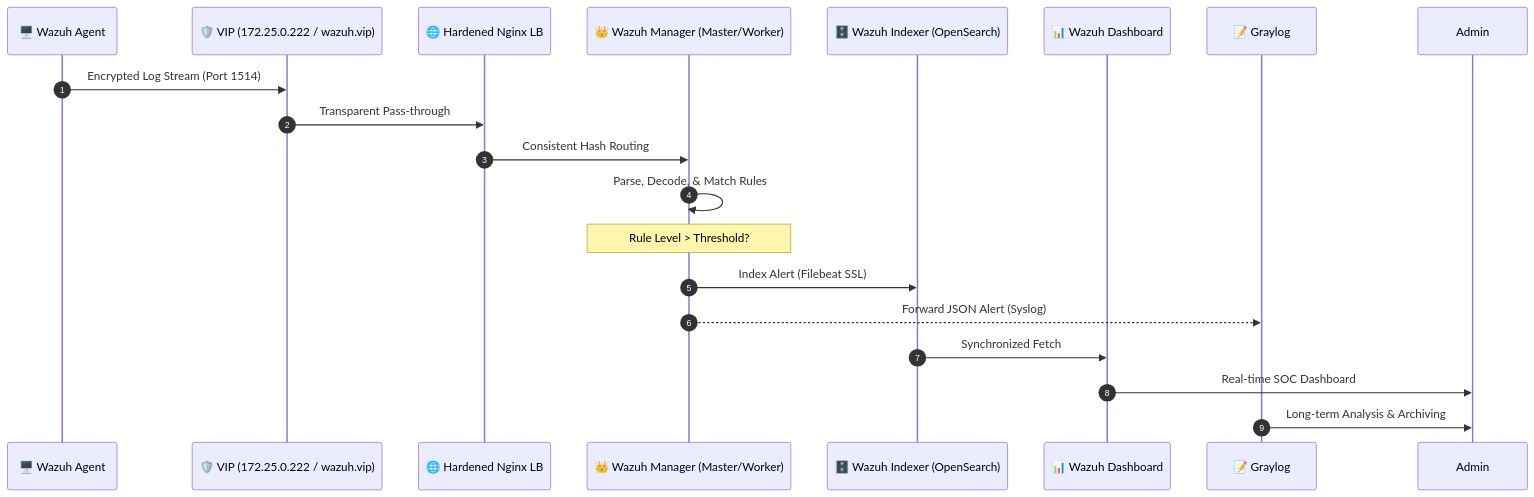
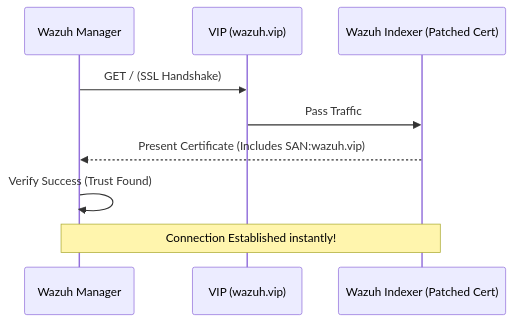
One commit to SaeidSec/Secret-Project changed the second of 2 diagrams in multi-node/MASTER_PROJECT_DOCUMENTATION.md. Above: the diagram before and after it, drawn with Mermaid. The commit also changed other lines of this file and 12 other files, not shown here.

````diff
--- a/multi-node/MASTER_PROJECT_DOCUMENTATION.md
+++ b/multi-node/MASTER_PROJECT_DOCUMENTATION.md
@@ -142,26 +148,12 @@
 ```mermaid
 sequenceDiagram
-    autonumber
-    participant Agent as 🖥️ Wazuh Agent
-    participant VIP as 🛡️ VIP (172.25.0.222 / wazuh.vip)
-    participant LB as 🌐 Hardened Nginx LB
-    participant WM as 👑 Wazuh Manager (Master/Worker)
-    participant IDX as 🗄️ Wazuh Indexer (OpenSearch)
-    participant DB as 📊 Wazuh Dashboard
-    participant GL as 📝 Graylog
+    participant Manager as Wazuh Manager
+    participant VIP as VIP (wazuh.vip)
+    participant Indexer as Wazuh Indexer (Patched Cert)
 
-    Agent->>VIP: Encrypted Log Stream (Port 1514)
-    VIP->>LB: Transparent Pass-through
-    LB->>WM: Consistent Hash Routing
-    WM->>WM: Parse, Decode, & Match Rules
-    
-    Note over WM: Rule Level > Threshold?
-    
-    WM->>IDX: Index Alert (Filebeat SSL)
-    WM-->>GL: Forward JSON Alert (Syslog)
-    
-    IDX->>DB: Synchronized Fetch
-    DB->>Admin: Real-time SOC Dashboard
-    
-    GL->>Admin: Long-term Analysis & Archiving
+    Manager->>VIP: GET / (SSL Handshake)
+    VIP->>Indexer: Pass Traffic
+    Indexer-->>Manager: Present Certificate (Includes SAN:wazuh.vip)
+    Manager->>Manager: Verify Success (Trust Found)
+    Note over Manager,Indexer: Connection Established instantly!
 ```
````
